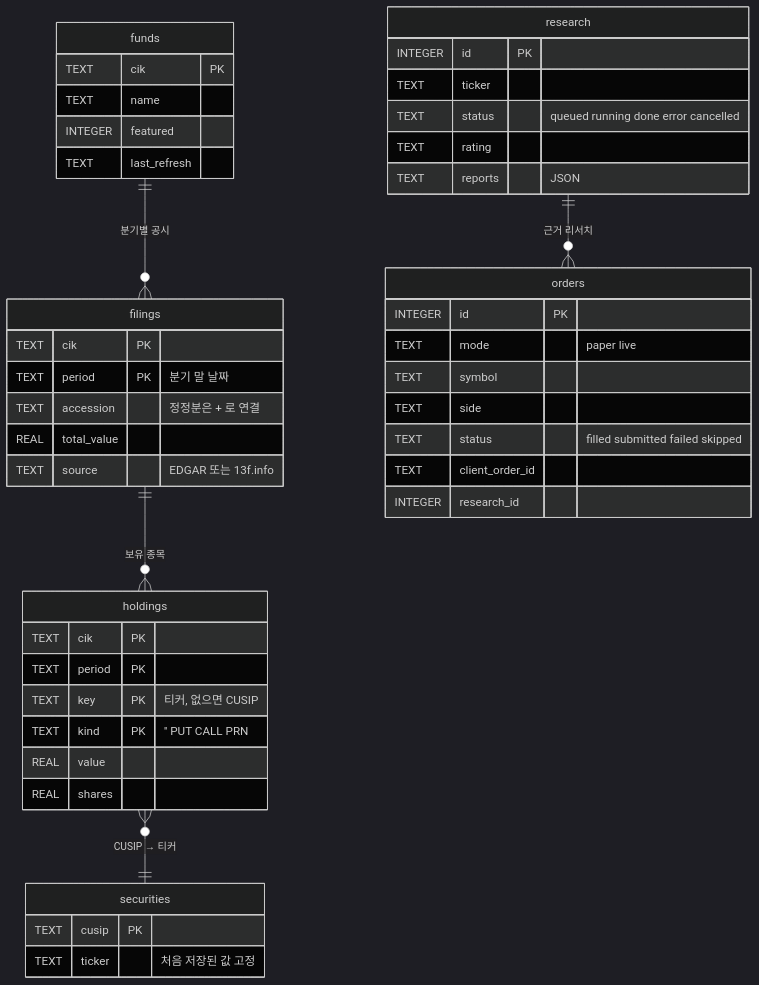
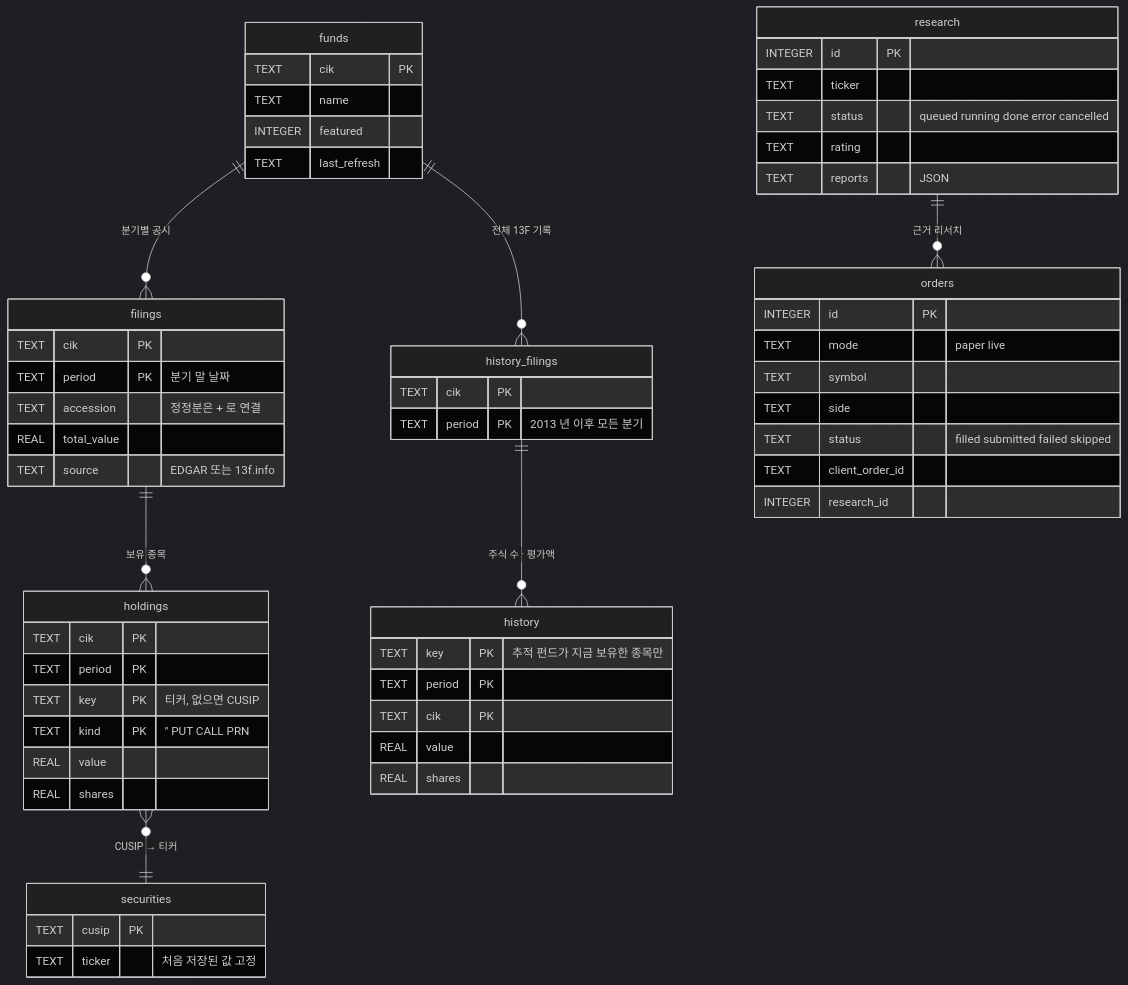
One commit to jin1ee-02/auto_investment_claude changed the fifth of 5 diagrams in docs/ARCHITECTURE.md. Above: the diagram before and after it, drawn with Mermaid (dark theme). The commit also changed other lines of this file and 9 other files, not shown here.

First line of the commit message:
Compute cost basis from the full 13F record and real split history

````diff
--- a/docs/ARCHITECTURE.md
+++ b/docs/ARCHITECTURE.md
@@ -243,49 +252,62 @@
 ```mermaid
 erDiagram
     funds ||--o{ filings : "분기별 공시"
     filings ||--o{ holdings : "보유 종목"
     holdings }o--|| securities : "CUSIP → 티커"
+    funds ||--o{ history_filings : "전체 13F 기록"
+    history_filings ||--o{ history : "주식 수 · 평가액"
     research ||--o{ orders : "근거 리서치"
 
     funds {
         TEXT cik PK
         TEXT name
         INTEGER featured
         TEXT last_refresh
     }
     filings {
         TEXT cik PK
         TEXT period PK "분기 말 날짜"
         TEXT accession "정정분은 + 로 연결"
         REAL total_value
         TEXT source "EDGAR 또는 13f.info"
     }
     holdings {
         TEXT cik PK
         TEXT period PK
         TEXT key PK "티커, 없으면 CUSIP"
         TEXT kind PK "'' PUT CALL PRN"
         REAL value
         REAL shares
     }
     securities {
         TEXT cusip PK
         TEXT ticker "처음 저장된 값 고정"
     }
+    history_filings {
+        TEXT cik PK
+        TEXT period PK "2013 년 이후 모든 분기"
+    }
+    history {
+        TEXT key PK "추적 펀드가 지금 보유한 종목만"
+        TEXT period PK
+        TEXT cik PK
+        REAL value
+        REAL shares
+    }
     research {
         INTEGER id PK
         TEXT ticker
         TEXT status "queued running done error cancelled"
         TEXT rating
         TEXT reports "JSON"
     }
     orders {
         INTEGER id PK
         TEXT mode "paper live"
         TEXT symbol
         TEXT side
         TEXT status "filled submitted failed skipped"
         TEXT client_order_id
         INTEGER research_id
     }
 ```
````
